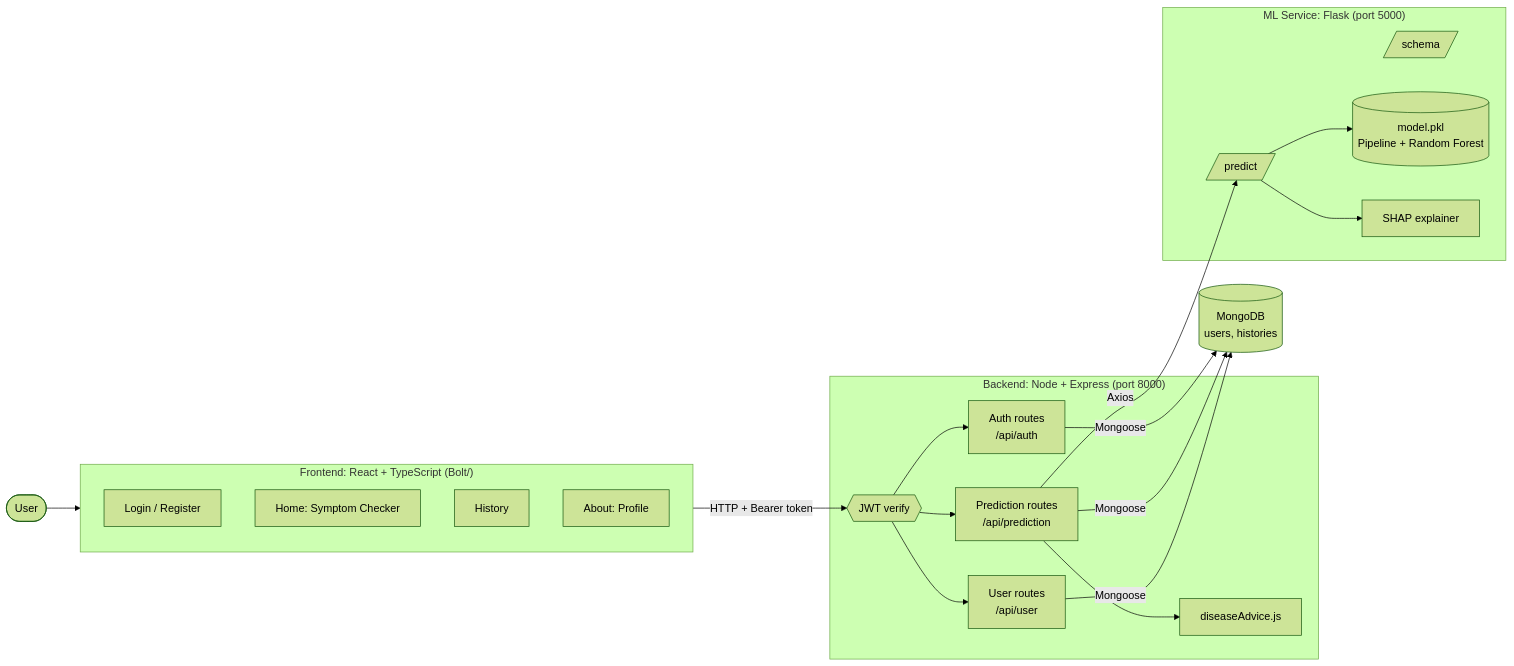
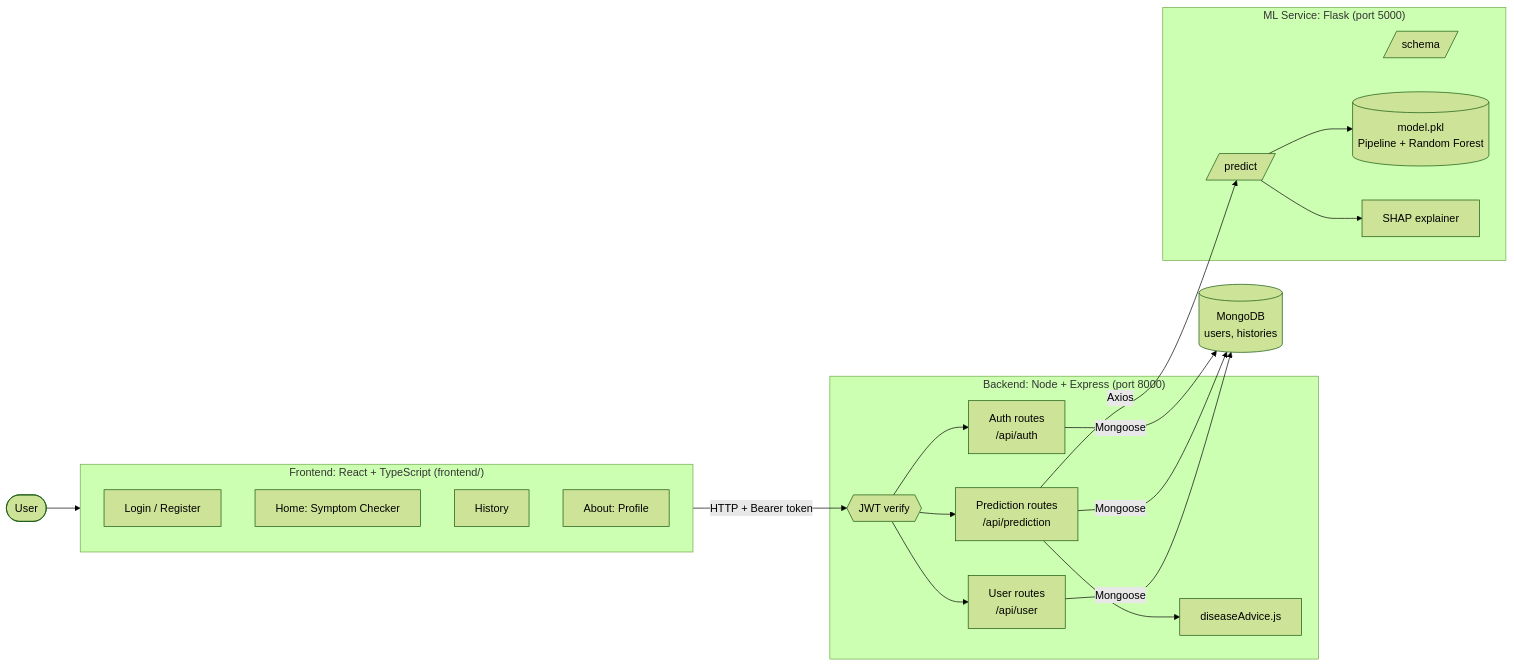
The diagram in README.md (AdvikaChaithra/HealthPrediction), drawn with Mermaid (forest theme) before and after one commit. The commit also changed other lines of this file and 31 other files, not shown here.

````diff
--- a/README.md
+++ b/README.md
@@ -102,36 +102,36 @@
 ```mermaid
 flowchart LR
     U([User]) --> FE
 
-    subgraph FE["Frontend: React + TypeScript (Bolt/)"]
+    subgraph FE["Frontend: React + TypeScript (frontend/)"]
         P1[Login / Register]
         P2[Home: Symptom Checker]
         P3[History]
         P4[About: Profile]
     end
 
     subgraph BE["Backend: Node + Express (port 8000)"]
         A[Auth routes<br/>/api/auth]
         PR[Prediction routes<br/>/api/prediction]
         US[User routes<br/>/api/user]
         ADV[diseaseAdvice.js]
         JWT{{JWT verify}}
     end
 
     subgraph ML["ML Service: Flask (port 5000)"]
         SCH[/schema/]
         PRED[/predict/]
         MODEL[(model.pkl<br/>Pipeline + Random Forest)]
         SHAP[SHAP explainer]
     end
 
     DB[(MongoDB<br/>users, histories)]
 
     FE -- "HTTP + Bearer token" --> JWT
     JWT --> A & PR & US
     PR -- "Axios" --> PRED
     PRED --> MODEL
     PRED --> SHAP
     PR --> ADV
     A & PR & US -- "Mongoose" --> DB
 ```
````
